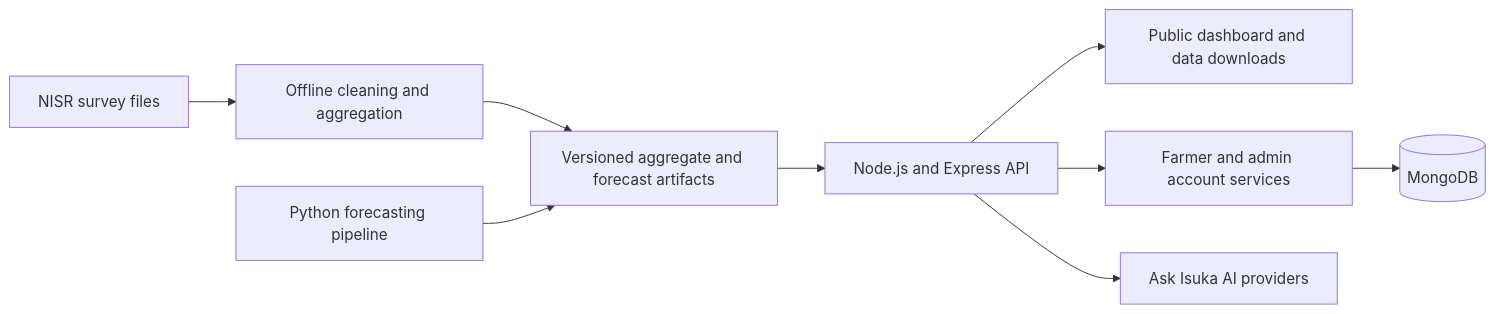
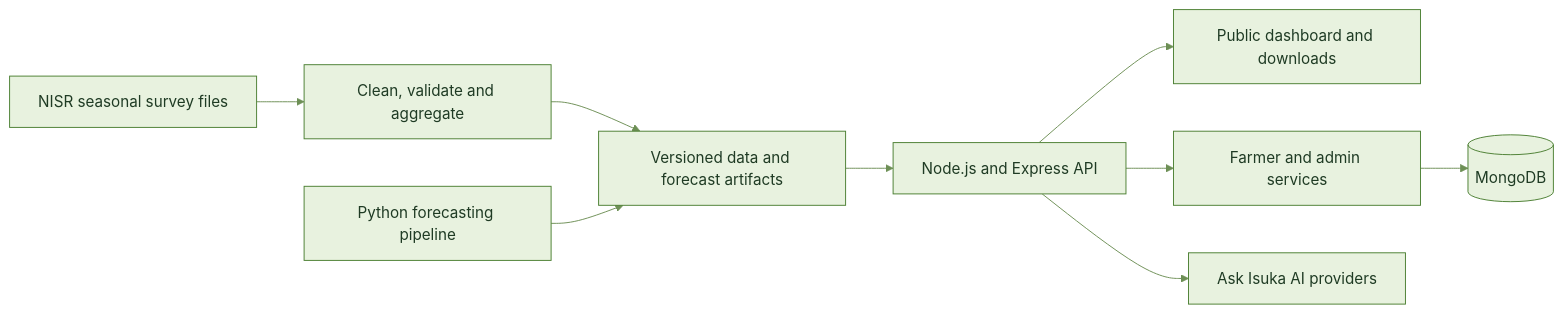
One commit to IGIRANEZA-D/Isuka-data-platform changed the diagram in README.md. Above: the diagram before and after it, drawn with Mermaid. The commit also changed other lines of this file and 2 other files, not shown here.

````diff
--- a/README.md
+++ b/README.md
@@ -81,11 +46,12 @@
 ```mermaid
+%%{init: {"theme":"base","themeVariables":{"primaryColor":"#e8f2df","primaryTextColor":"#1f3b24","primaryBorderColor":"#4b7f32","lineColor":"#6d8f55","secondaryColor":"#f5f7ef","tertiaryColor":"#ffffff"}}}%%
 flowchart LR
-    A[ NISR survey files ] --> B[ Offline cleaning and aggregation ]
-    B --> C[ Versioned aggregate and forecast artifacts ]
+    A[ NISR seasonal survey files ] --> B[ Clean, validate and aggregate ]
+    B --> C[ Versioned data and forecast artifacts ]
     C --> D[ Node.js and Express API ]
-    D --> E[ Public dashboard and data downloads ]
-    D --> F[ Farmer and admin account services ]
+    D --> E[ Public dashboard and downloads ]
+    D --> F[ Farmer and admin services ]
     F --> G[( MongoDB )]
     D --> H[ Ask Isuka AI providers ]
     I[ Python forecasting pipeline ] --> C
 ```
````
